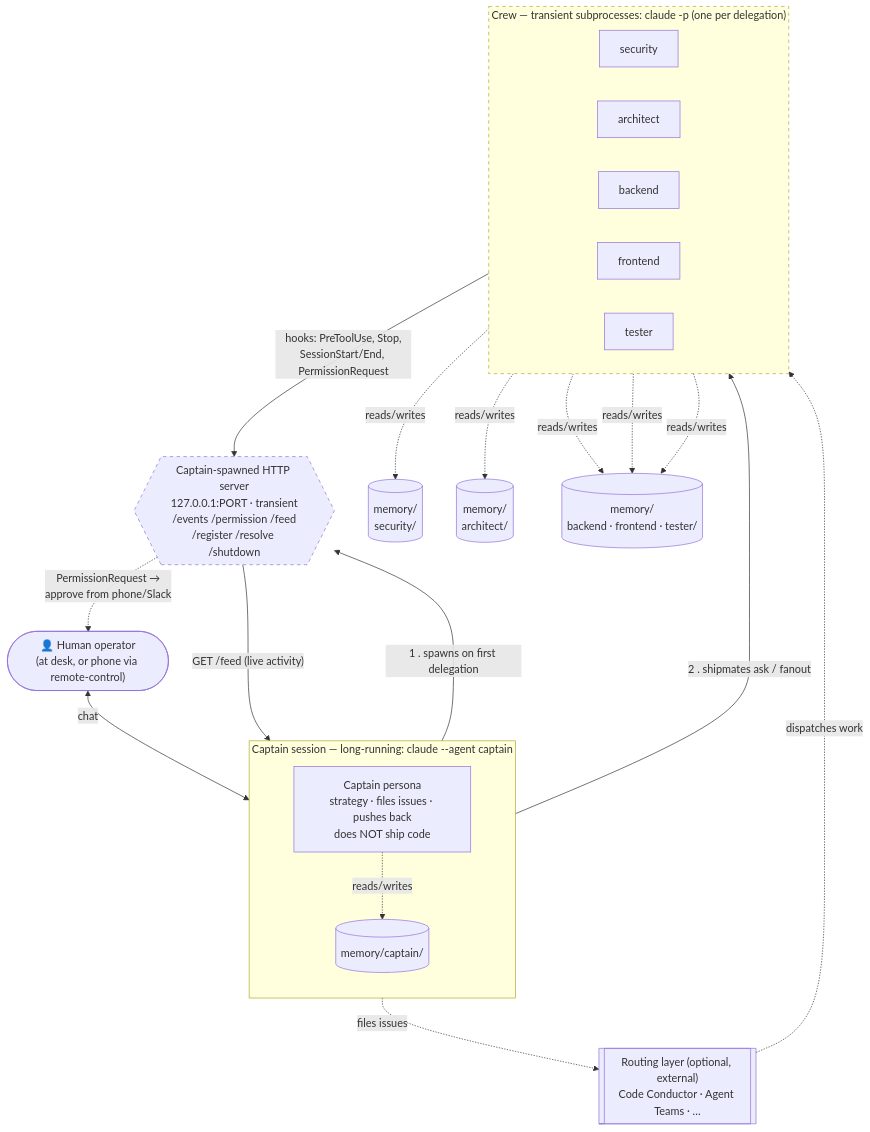
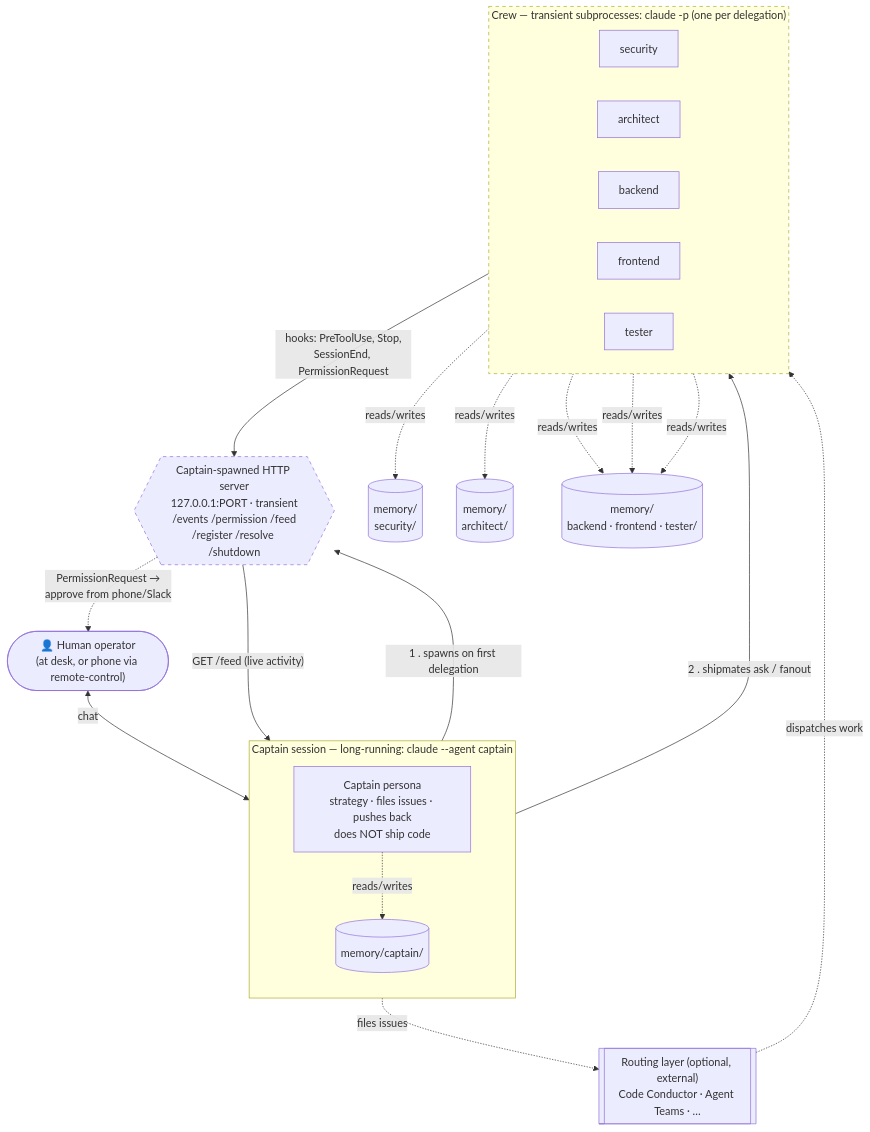
One commit to luthermonson/shipmates changed the first of 4 diagrams in docs/diagrams.md. Above: the diagram before and after it, drawn with Mermaid. The commit also changed other lines of this file and 7 other files, not shown here.

````diff
--- a/docs/diagrams.md
+++ b/docs/diagrams.md
@@ -11,47 +11,47 @@
 ```mermaid
 flowchart TB
     Human(["👤 Human operator<br/>(at desk, or phone via remote-control)"])
 
     subgraph CaptainSession["Captain session — long-running: claude --agent captain"]
         direction TB
         CaptainAI["Captain persona<br/>strategy · files issues · pushes back<br/>does NOT ship code"]
         CaptainMem[("memory/captain/")]
         CaptainAI -. reads/writes .-> CaptainMem
     end
 
     Server{{"Captain-spawned HTTP server<br/>127.0.0.1:PORT · transient<br/>/events /permission /feed<br/>/register /resolve /shutdown"}}
 
     subgraph CrewBox["Crew — transient subprocesses: claude -p (one per delegation)"]
         direction LR
         Sec["security"]
         Arch["architect"]
         Back["backend"]
         Front["frontend"]
         Test["tester"]
     end
 
     SecMem[("memory/<br/>security/")]
     ArchMem[("memory/<br/>architect/")]
     OtherMem[("memory/<br/>backend · frontend · tester/")]
 
     Routing[["Routing layer (optional, external)<br/>Code Conductor · Agent Teams · …"]]
 
     Human <-->|chat| CaptainAI
     CaptainAI -->|"1 . spawns on first delegation"| Server
     CaptainAI -->|"2 . shipmates ask / fanout"| CrewBox
-    CrewBox -->|"hooks: PreToolUse, Stop,<br/>SessionStart/End, PermissionRequest"| Server
+    CrewBox -->|"hooks: PreToolUse, Stop,<br/>SessionEnd, PermissionRequest"| Server
     Server -->|"GET /feed (live activity)"| CaptainAI
     Server -. "PermissionRequest →<br/>approve from phone/Slack" .-> Human
 
     Sec -. reads/writes .-> SecMem
     Arch -. reads/writes .-> ArchMem
     Back -. reads/writes .-> OtherMem
     Front -. reads/writes .-> OtherMem
     Test -. reads/writes .-> OtherMem
 
     CaptainAI -. "files issues" .-> Routing
     Routing -. "dispatches work" .-> CrewBox
 
     classDef transient stroke-dasharray: 5 5
     class Server,CrewBox transient
 ```
````
